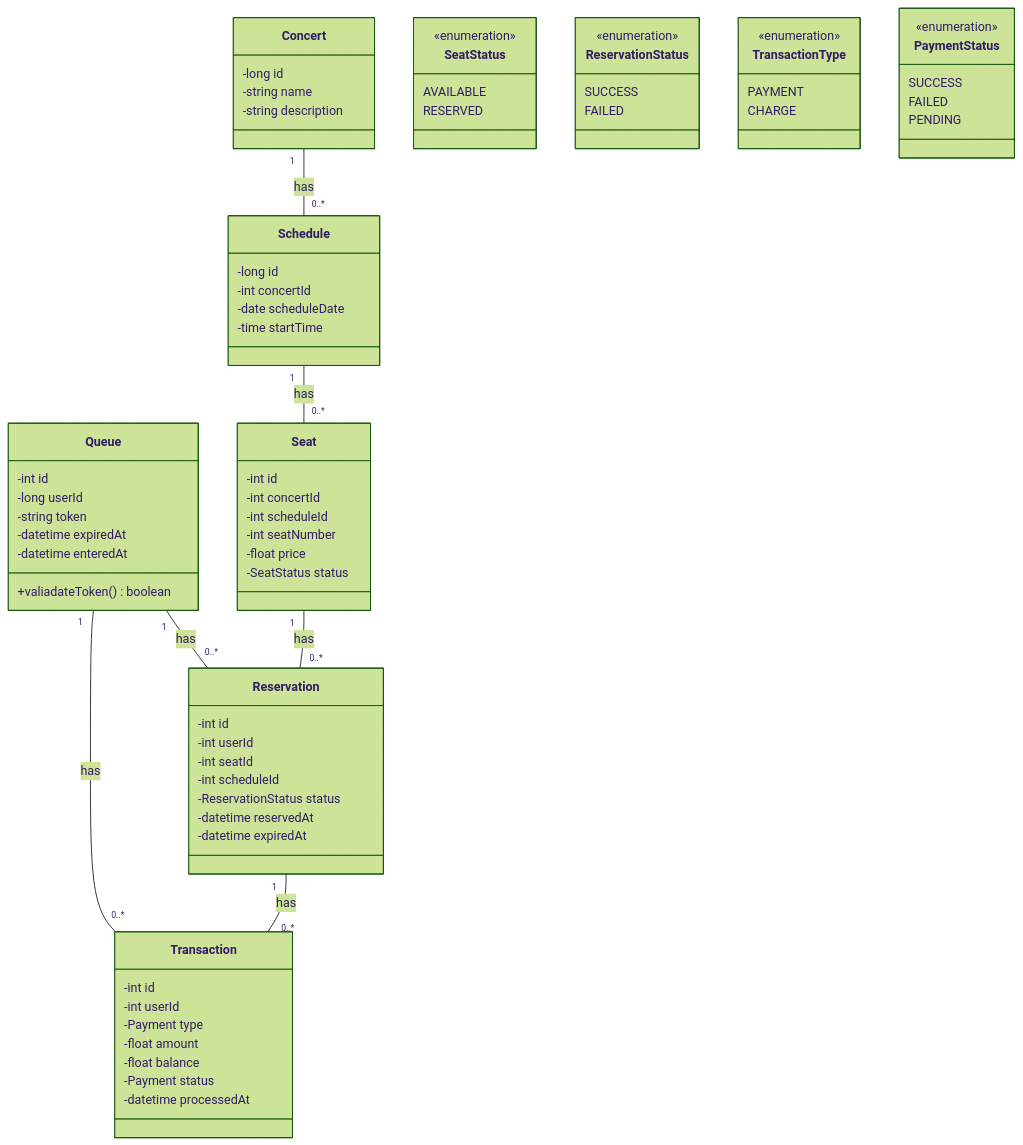
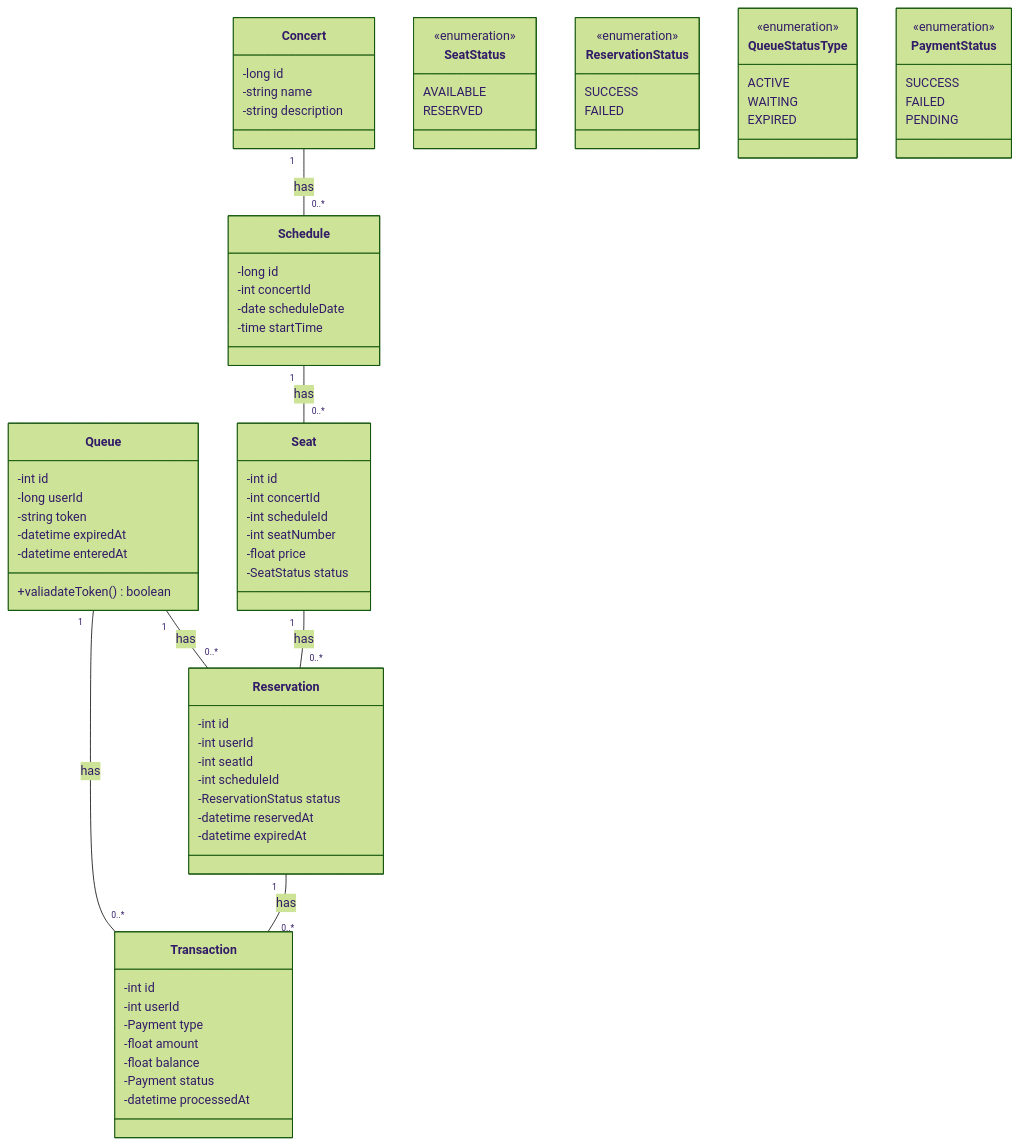
The diagram in docs/ClassDiagram.mermaid (dohee789/concert-reservation), drawn with Mermaid (forest theme) before and after one commit. The commit also changed 2 other files, not shown here.

Commit message:
:memo: ERD, ClassDiagram 수정

```diff
--- a/docs/ClassDiagram.mermaid
+++ b/docs/ClassDiagram.mermaid
@@ -1,83 +1,84 @@
 classDiagram
     class Queue {
         -int id
         -long userId
         -string token
         -datetime expiredAt
         -datetime enteredAt
         +valiadateToken() boolean
     }
 
     class Concert {
         -long id
         -string name
         -string description
     }
 
     class Schedule {
         -long id
         -int concertId
         -date scheduleDate
         -time startTime
     }
 
     class Seat {
         -int id
         -int concertId
         -int scheduleId
         -int seatNumber
         -float price
         -SeatStatus status
     }
 
     class Reservation {
         -int id
         -int userId
         -int seatId
         -int scheduleId
         -ReservationStatus status
         -datetime reservedAt
         -datetime expiredAt
     }
 
     class Transaction {
         -int id
         -int userId
         -Payment type
         -float amount
         -float balance
         -Payment status
         -datetime processedAt
     }
 
     class SeatStatus {
         <<enumeration>>
         AVAILABLE
         RESERVED
     }
 
     class ReservationStatus {
         <<enumeration>>
         SUCCESS
         FAILED
     }
 
-    class TransactionType {
+    class QueueStatusType {
         <<enumeration>>
-        PAYMENT
-        CHARGE
+        ACTIVE
+        WAITING
+        EXPIRED
     }
 
     class PaymentStatus {
         <<enumeration>>
         SUCCESS
         FAILED
         PENDING
     }
 
     Queue "1" -- "0..*" Reservation : has
     Queue "1" -- "0..*" Transaction : has
     Concert "1" -- "0..*" Schedule : has
     Schedule "1" -- "0..*" Seat : has
     Seat "1" -- "0..*" Reservation : has
     Reservation "1" -- "0..*" Transaction : has
```
